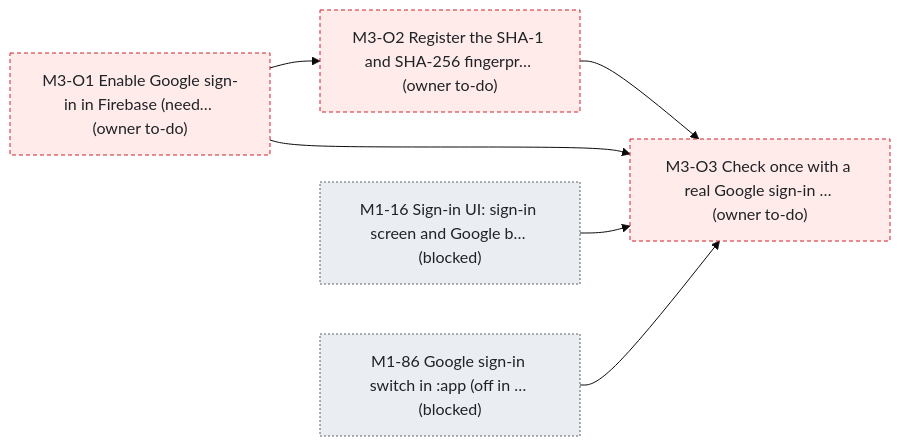
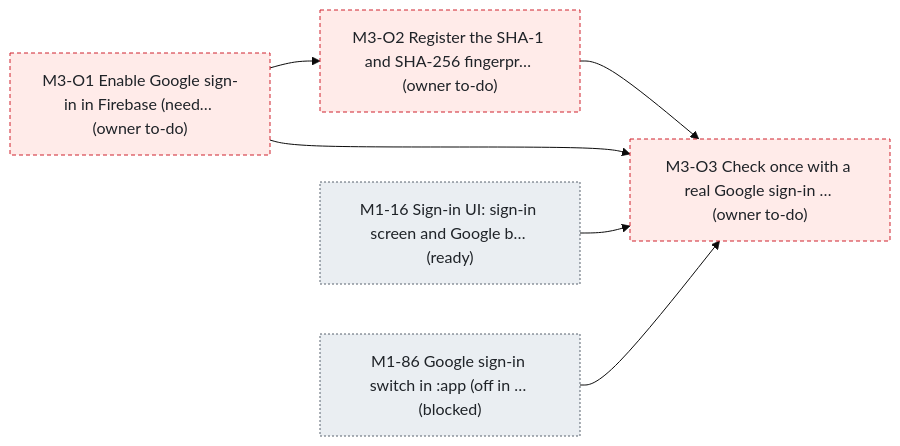
The third of 4 diagrams in status.md (bondo/listicles2), drawn with Mermaid (base theme) before and after one commit. The commit also changed other lines of this file and 3 other files, not shown here.

````diff
--- a/status.md
+++ b/status.md
@@ -414,18 +406,18 @@
 ```mermaid
 flowchart LR
     n0["M3-O1 Enable Google sign-in in Firebase (need… (owner to-do)"]:::owner
     n1["M3-O2 Register the SHA-1 and SHA-256 fingerpr… (owner to-do)"]:::owner
     n2["M3-O3 Check once with a real Google sign-in … (owner to-do)"]:::owner
-    n3["M1-16 Sign-in UI: sign-in screen and Google b… (blocked)"]:::ext
+    n3["M1-16 Sign-in UI: sign-in screen and Google b… (ready)"]:::ext
     n4["M1-86 Google sign-in switch in :app (off in … (blocked)"]:::ext
     n0 --> n1
     n1 --> n2
     n0 --> n2
     n3 --> n2
     n4 --> n2
     classDef ready fill:#dafbe1,stroke:#1a7f37,color:#1f2328
     classDef progress fill:#ddf4ff,stroke:#0969da,color:#1f2328
     classDef blocked fill:#fff8c5,stroke:#9a6700,color:#1f2328
     classDef owner fill:#ffebe9,stroke:#cf222e,color:#1f2328,stroke-dasharray:4 3
     classDef ext fill:#eaeef2,stroke:#59636e,color:#1f2328,stroke-dasharray:2 2
 ```
````
